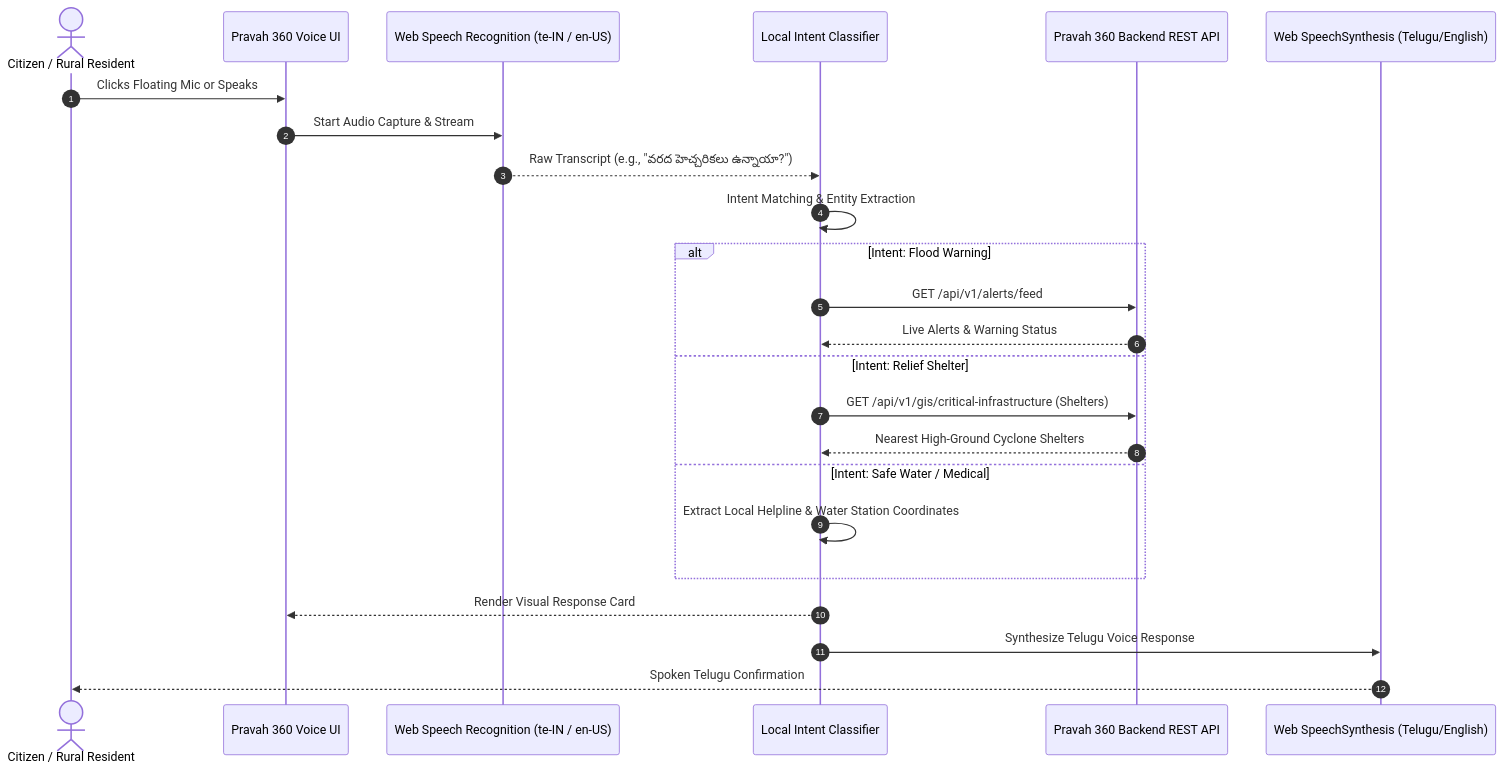
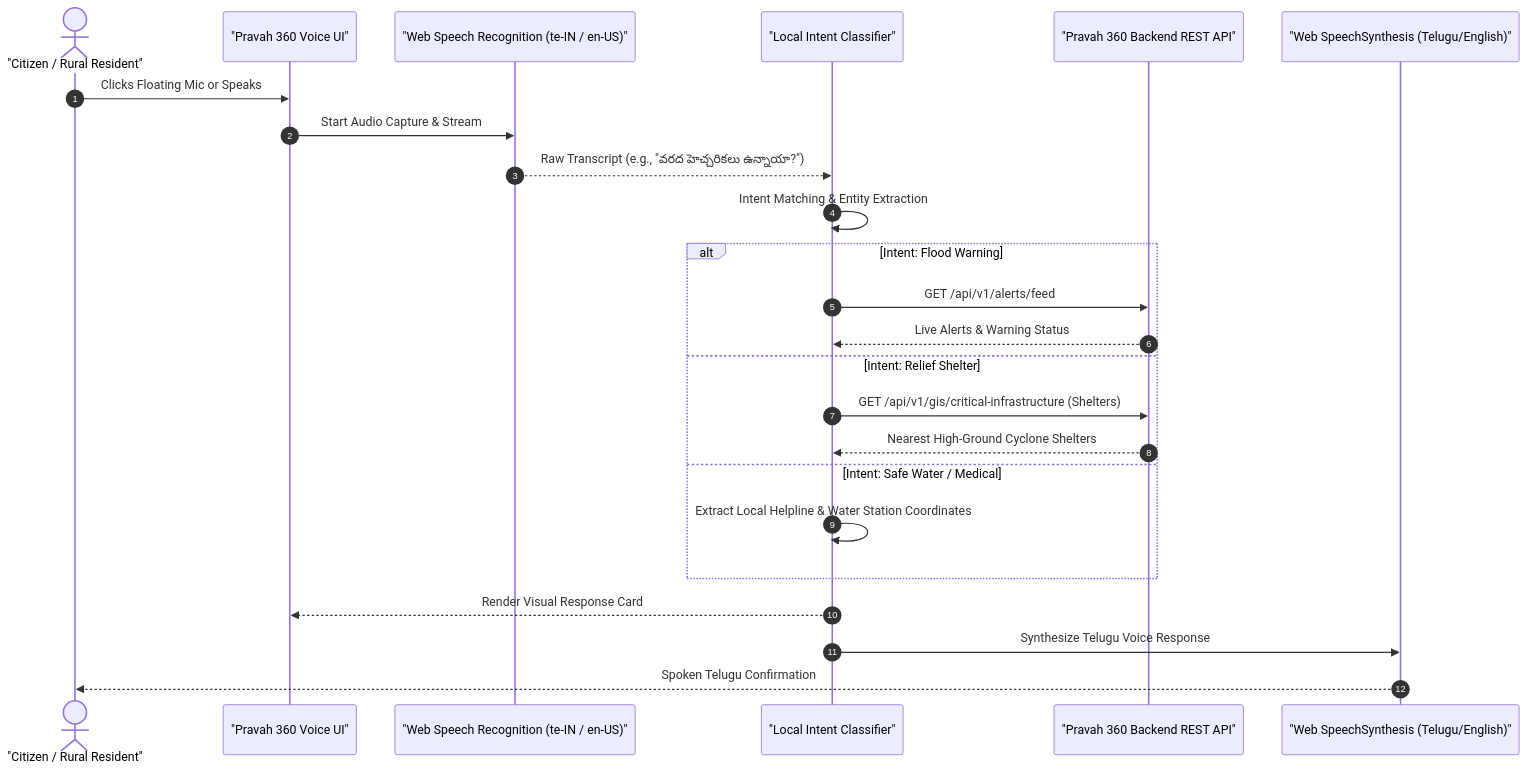
One commit to Harini-0111/pravah-360 changed the diagram in docs/COMMUNITY_ACCESSIBILITY_AND_VOICE_FEATURES.md. Above: the diagram before and after it, drawn with Mermaid. The commit also changed 3 other files, not shown here.

Commit message:
Refine project documentation and architecture diagrams

````diff
--- a/docs/COMMUNITY_ACCESSIBILITY_AND_VOICE_FEATURES.md
+++ b/docs/COMMUNITY_ACCESSIBILITY_AND_VOICE_FEATURES.md
@@ -26,27 +26,27 @@
 ```mermaid
 sequenceDiagram
     autonumber
-    actor User as Citizen / Rural Resident
-    participant UI as Pravah 360 Voice UI
-    participant STT as Web Speech Recognition (te-IN / en-US)
-    participant NLP as Local Intent Classifier
-    participant API as Pravah 360 Backend REST API
-    participant TTS as Web SpeechSynthesis (Telugu/English)
+    actor User as "Citizen / Rural Resident"
+    participant UI as "Pravah 360 Voice UI"
+    participant STT as "Web Speech Recognition (te-IN / en-US)"
+    participant NLP as "Local Intent Classifier"
+    participant API as "Pravah 360 Backend REST API"
+    participant TTS as "Web SpeechSynthesis (Telugu/English)"
 
     User->>UI: Clicks Floating Mic or Speaks
     UI->>STT: Start Audio Capture & Stream
     STT-->>NLP: Raw Transcript (e.g., "వరద హెచ్చరికలు ఉన్నాయా?")
     NLP->>NLP: Intent Matching & Entity Extraction
     alt Intent: Flood Warning
         NLP->>API: GET /api/v1/alerts/feed
         API-->>NLP: Live Alerts & Warning Status
     else Intent: Relief Shelter
         NLP->>API: GET /api/v1/gis/critical-infrastructure (Shelters)
         API-->>NLP: Nearest High-Ground Cyclone Shelters
     else Intent: Safe Water / Medical
         NLP->>NLP: Extract Local Helpline & Water Station Coordinates
     end
     NLP-->>UI: Render Visual Response Card
     NLP->>TTS: Synthesize Telugu Voice Response
     TTS-->>User: Spoken Telugu Confirmation
 ```
````
